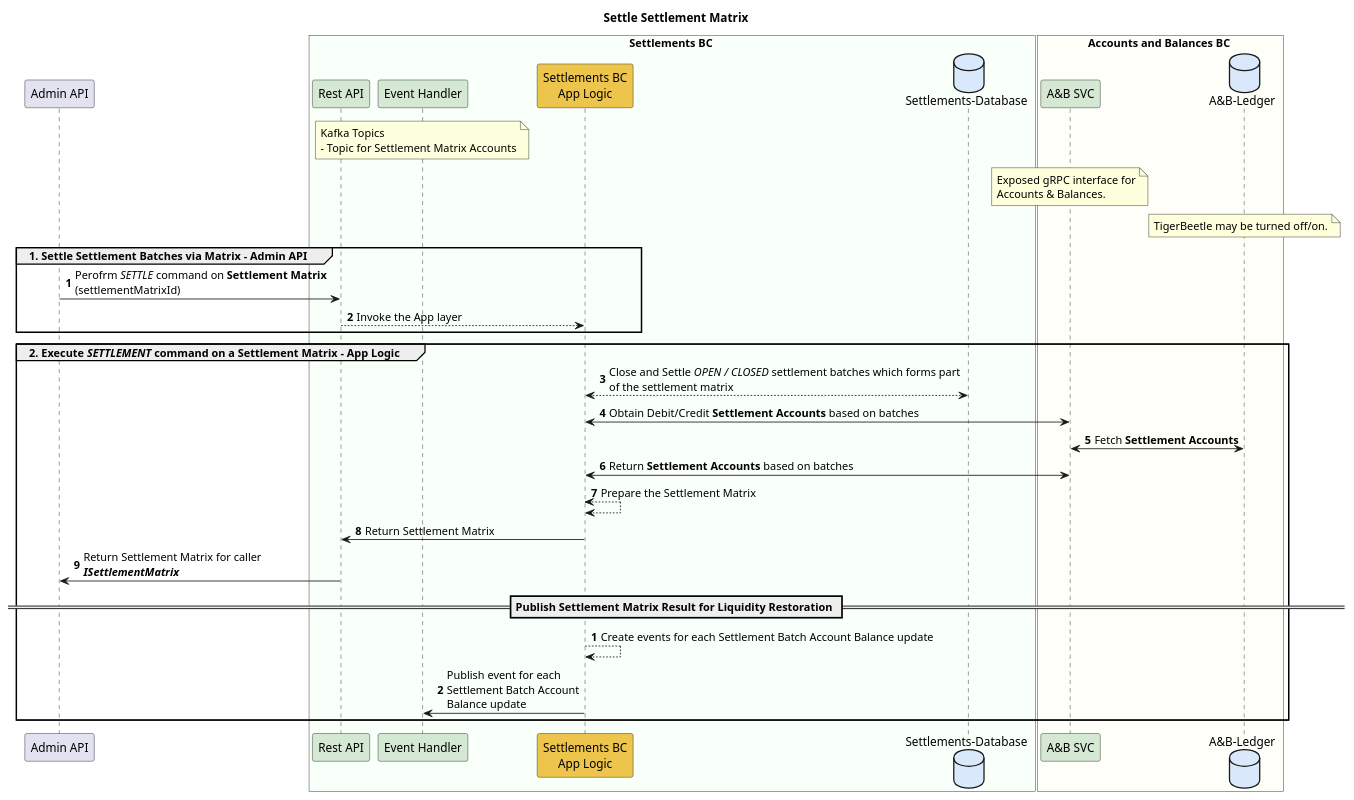
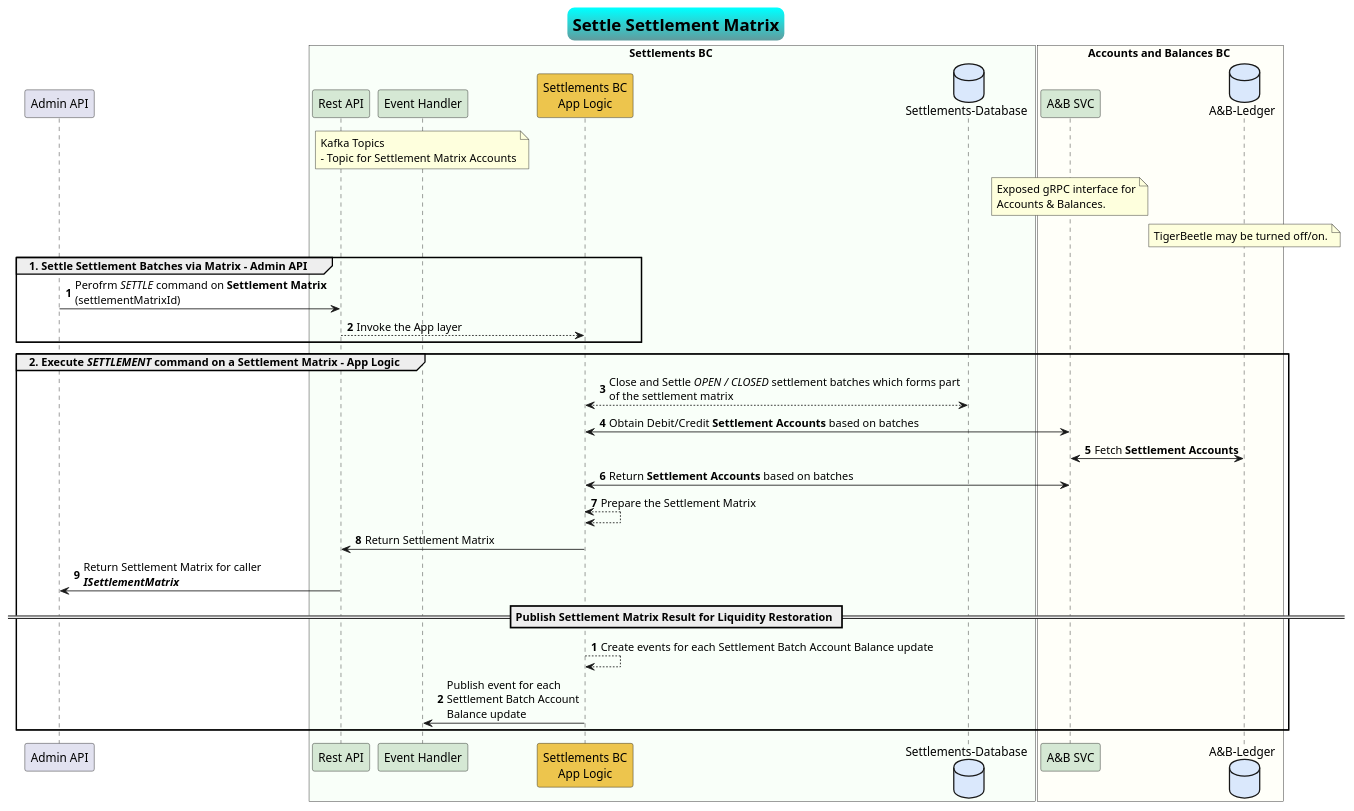
The diagram in docs/flows/05-settlement-matrix-settle.puml (mojaloop/settlements-bc), drawn with PlantUML before and after one commit. The commit also changed 16 other files, not shown here.

```diff
--- a/docs/flows/05-settlement-matrix-settle.puml
+++ b/docs/flows/05-settlement-matrix-settle.puml
@@ -1,50 +1,55 @@
 @startuml
 
+skinparam TitleFontSize 20
+skinparam titleBorderRoundCorner 15
+skinparam titleBorderThickness 2
+skinparam titleBorderColor Aqua-CadetBlue
+skinparam titleBackgroundColor Aqua-CadetBlue
 title Settle Settlement Matrix
 
 participant "Admin API" as ext_cl
 
 box Settlements BC #F9FFF9
     participant "Rest API" as sbc_rest #D5E8D4
     participant "Event Handler" as sbc_event #D5E8D4
     note over sbc_event
         Kafka Topics
         - Topic for Settlement Matrix Accounts
     end note
     participant "Settlements BC\nApp Logic" as sbc_app_logic #EDC54D
     database "Settlements-Database" as sbc_db #DAE8FC
 end box
 
 box Accounts and Balances BC #FFFFF9
     participant "A&B SVC" as abbc_grpc #D5E8D4
     database "A&B-Ledger" as abbc_tigerbeetle #DAE8FC
     note over abbc_grpc
         Exposed gRPC interface for
         Accounts & Balances.
     end note
     note over abbc_tigerbeetle
         TigerBeetle may be turned off/on.
     end note
 end box
 
 group 1. Settle Settlement Batches via Matrix - Admin API
 autonumber
     ext_cl -> sbc_rest : Perofrm //SETTLE// command on **Settlement Matrix**\n(settlementMatrixId)
     sbc_rest --> sbc_app_logic : Invoke the App layer
 end
 
 group 2. Execute //SETTLEMENT// command on a Settlement Matrix - App Logic
     sbc_app_logic <--> sbc_db : Close and Settle //OPEN / CLOSED// settlement batches which forms part \nof the settlement matrix
     sbc_app_logic <-> abbc_grpc : Obtain Debit/Credit **Settlement Accounts** based on batches
     abbc_grpc <-> abbc_tigerbeetle: Fetch **Settlement Accounts**
     abbc_grpc <-> sbc_app_logic : Return **Settlement Accounts** based on batches
     sbc_app_logic <--> sbc_app_logic : Prepare the Settlement Matrix
     sbc_app_logic -> sbc_rest : Return Settlement Matrix
     sbc_rest -> ext_cl : Return Settlement Matrix for caller\n**//ISettlementMatrix//**
 autonumber
     == Publish Settlement Matrix Result for Liquidity Restoration ==
     sbc_app_logic --> sbc_app_logic : Create events for each Settlement Batch Account Balance update
     sbc_app_logic -> sbc_event : Publish event for each\nSettlement Batch Account\nBalance update
 end
 
 @enduml
```
